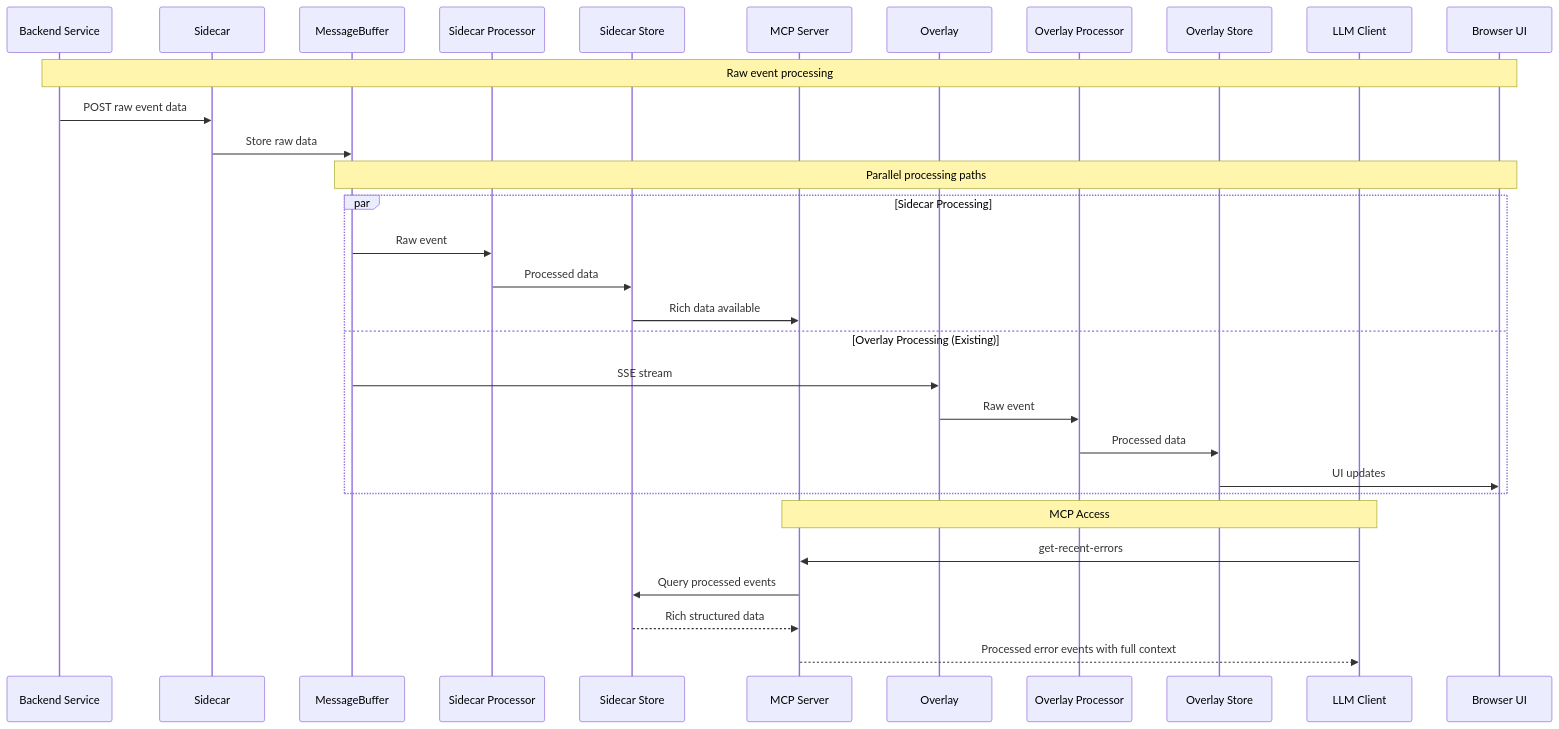
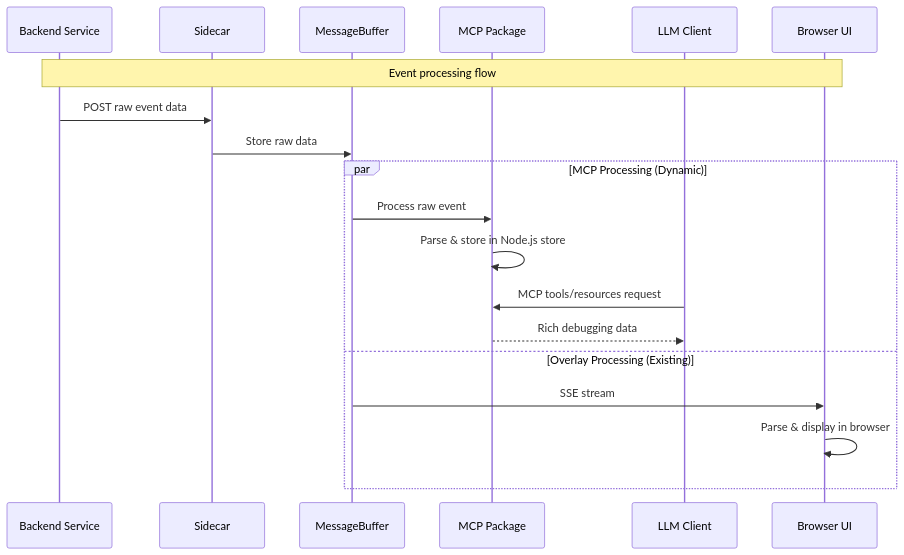
Before and after one commit to getsentry/spotlight: the second of 2 diagrams in MCP_DUAL_PROCESSING_PLAN.md, drawn with Mermaid. The commit also changed other lines of this file and 8 other files, not shown here.

````diff
--- a/MCP_DUAL_PROCESSING_PLAN.md
+++ b/MCP_DUAL_PROCESSING_PLAN.md
@@ -155,36 +96,23 @@
 ```mermaid
 sequenceDiagram
     participant Backend as Backend Service
     participant Sidecar as Sidecar
     participant Buffer as MessageBuffer
-    participant SidecarProcessor as Sidecar Processor
-    participant SidecarStore as Sidecar Store
-    participant McpServer as MCP Server
-    participant Overlay as Overlay
-    participant OverlayProcessor as Overlay Processor
-    participant OverlayStore as Overlay Store
+    participant MCP as MCP Package
     participant LLM as LLM Client
     participant UI as Browser UI
     
-    Note over Backend,UI: Raw event processing
+    Note over Backend,UI: Event processing flow
     Backend->>Sidecar: POST raw event data
     Sidecar->>Buffer: Store raw data
     
-    Note over Buffer,UI: Parallel processing paths
-    par Sidecar Processing
-        Buffer->>SidecarProcessor: Raw event
-        SidecarProcessor->>SidecarStore: Processed data
-        SidecarStore->>McpServer: Rich data available
+    par MCP Processing (Dynamic)
+        Buffer->>MCP: Process raw event
+        MCP->>MCP: Parse & store in Node.js store
+        LLM->>MCP: MCP tools/resources request
+        MCP-->>LLM: Rich debugging data
     and Overlay Processing (Existing)
-        Buffer->>Overlay: SSE stream
-        Overlay->>OverlayProcessor: Raw event  
-        OverlayProcessor->>OverlayStore: Processed data
-        OverlayStore->>UI: UI updates
+        Buffer->>UI: SSE stream
+        UI->>UI: Parse & display in browser
     end
-    
-    Note over LLM,McpServer: MCP Access
-    LLM->>McpServer: get-recent-errors
-    McpServer->>SidecarStore: Query processed events
-    SidecarStore-->>McpServer: Rich structured data
-    McpServer-->>LLM: Processed error events with full context
 ```
````
